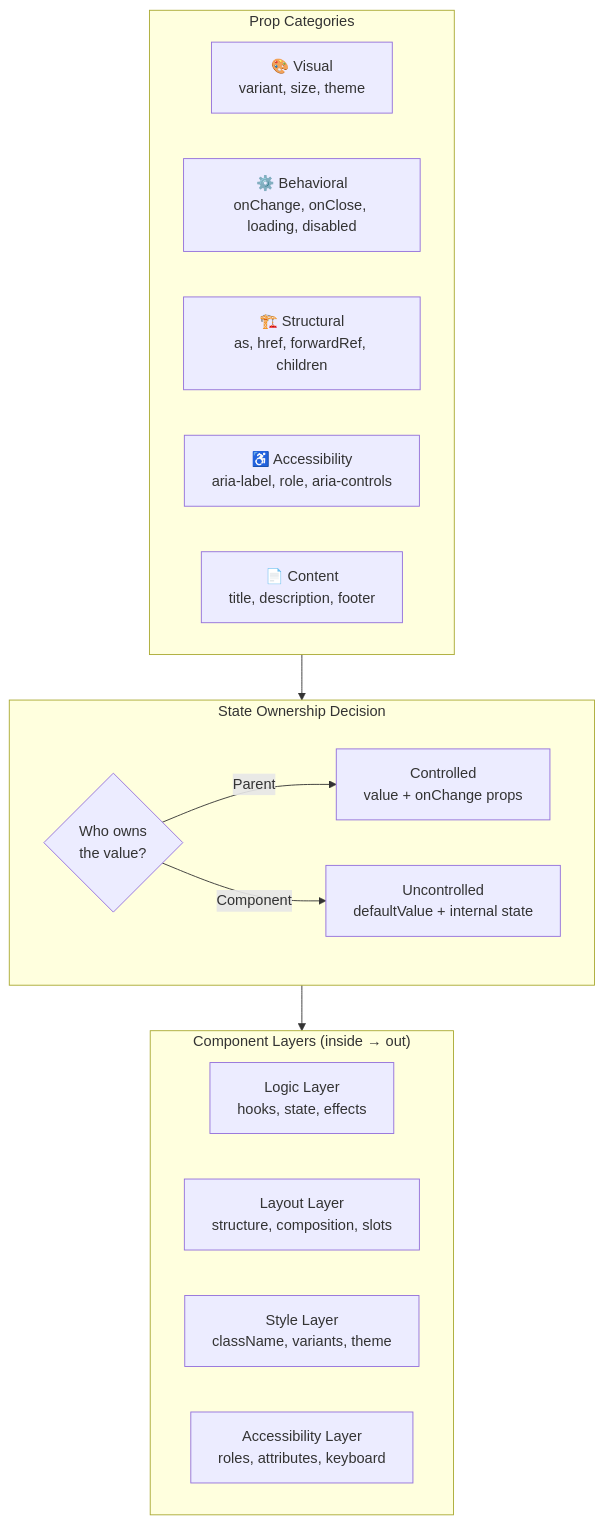
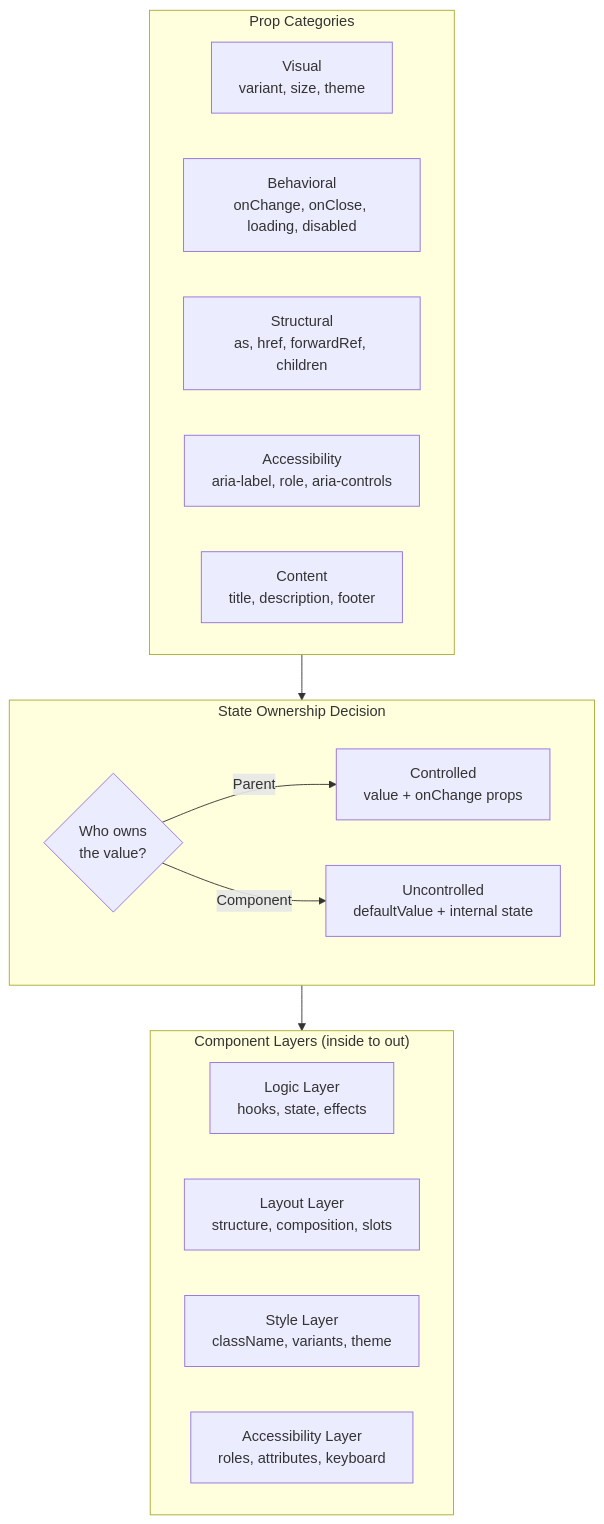
One commit to ashishxcode/frontend-internals changed the diagram in packages/content/content/30-component-api-design.mdx. Above: the diagram before and after it, drawn with Mermaid. The commit also changed other lines of this file and 29 other files, not shown here.

Commit message:
rewrite: roadmap engineer-to-engineer + all 34 chapters new spec

````diff
--- a/packages/content/content/30-component-api-design.mdx
+++ b/packages/content/content/30-component-api-design.mdx
@@ -27,26 +22,26 @@
 ```mermaid
 flowchart TB
   subgraph Props["Prop Categories"]
-    Visual["🎨 Visual<br/>variant, size, theme"]
-    Behavioral["⚙️ Behavioral<br/>onChange, onClose, loading, disabled"]
-    Structural["🏗️ Structural<br/>as, href, forwardRef, children"]
-    A11y["♿ Accessibility<br/>aria-label, role, aria-controls"]
-    Content["📄 Content<br/>title, description, footer"]
+    Visual["Visual<br/>variant, size, theme"]
+    Behavioral["Behavioral<br/>onChange, onClose, loading, disabled"]
+    Structural["Structural<br/>as, href, forwardRef, children"]
+    A11y["Accessibility<br/>aria-label, role, aria-controls"]
+    Content["Content<br/>title, description, footer"]
   end
 
   subgraph Ownership["State Ownership Decision"]
     Q{"Who owns<br/>the value?"}
     Q -->|"Parent"| Controlled["Controlled<br/>value + onChange props"]
     Q -->|"Component"| Uncontrolled["Uncontrolled<br/>defaultValue + internal state"]
   end
 
-  subgraph Layers["Component Layers (inside → out)"]
+  subgraph Layers["Component Layers (inside to out)"]
     Logic["Logic Layer<br/>hooks, state, effects"]
     Layout["Layout Layer<br/>structure, composition, slots"]
     Style["Style Layer<br/>className, variants, theme"]
     A11yLayer["Accessibility Layer<br/>roles, attributes, keyboard"]
   end
 
   Props --> Ownership
   Ownership --> Layers
 ```
````
